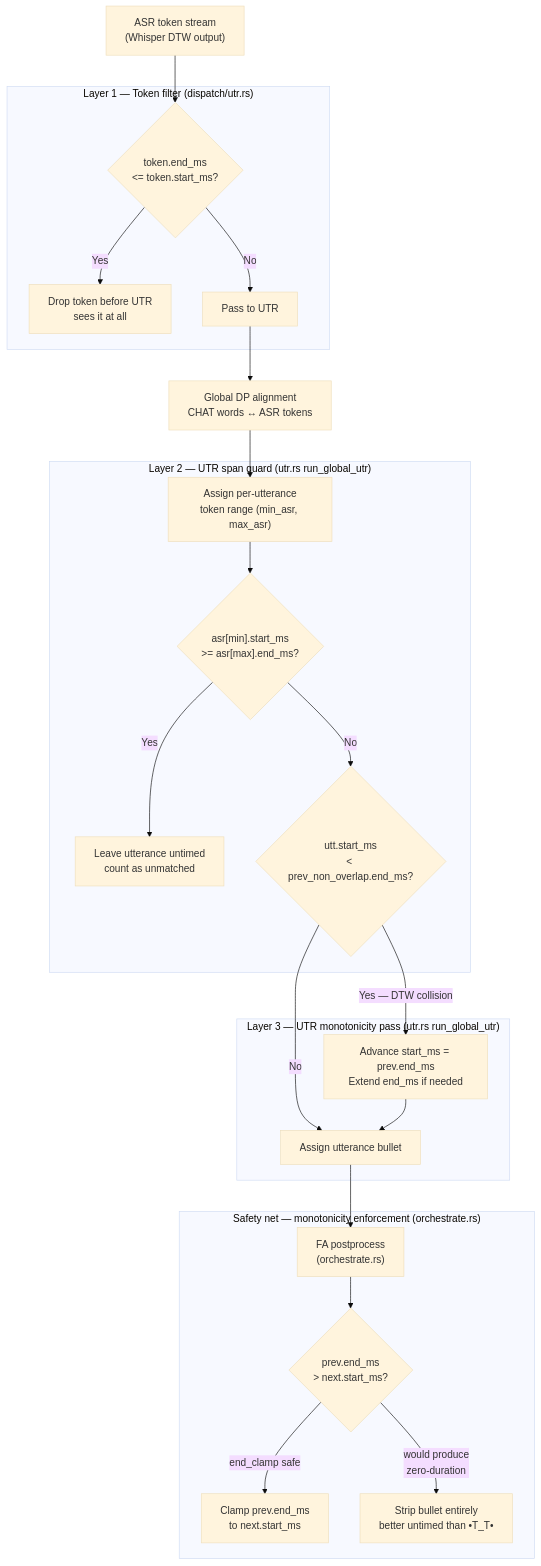
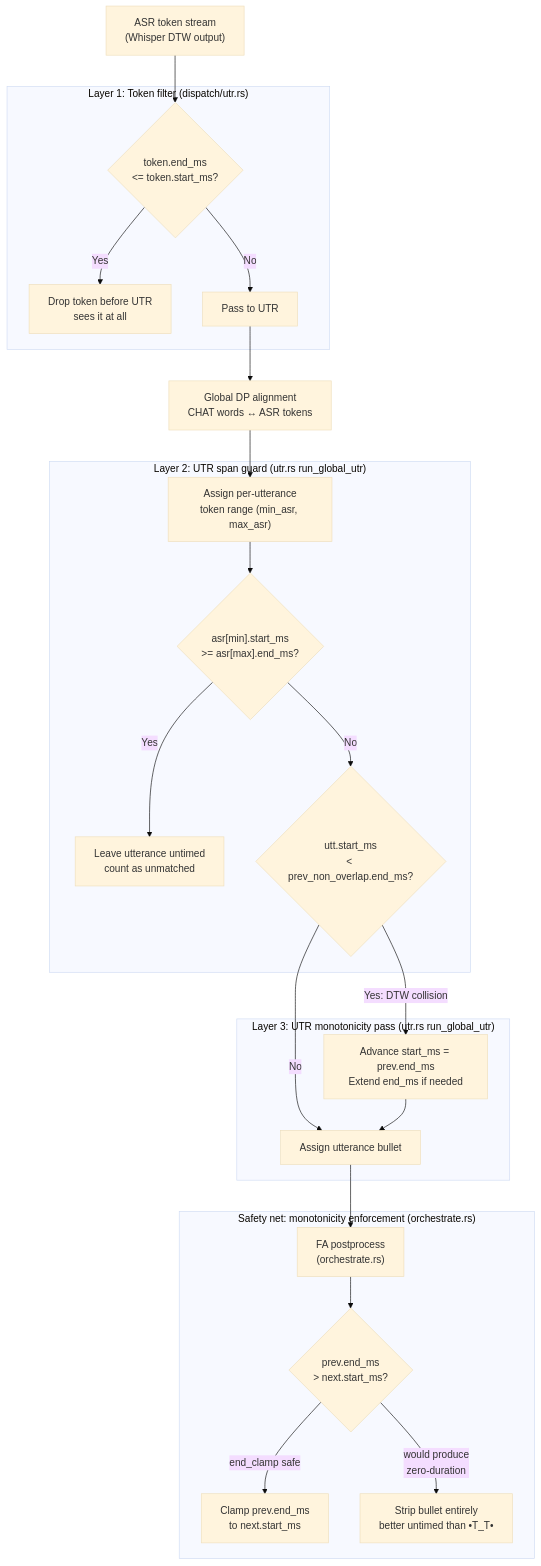
The fourth of 16 diagrams in book/src/batchalign/architecture/command-flowcharts.md (TalkBank/talkbank-tools), drawn with Mermaid (base theme) before and after one commit. The commit also changed other lines of this file and 706 other files, not shown here.

````diff
--- a/book/src/batchalign/architecture/command-flowcharts.md
+++ b/book/src/batchalign/architecture/command-flowcharts.md
@@ -190,34 +190,34 @@
 ```mermaid
 flowchart TD
     asr["ASR token stream\n(Whisper DTW output)"] --> filter
 
-    subgraph L1 ["Layer 1 — Token filter (dispatch/utr.rs)"]
+    subgraph L1 ["Layer 1: Token filter (dispatch/utr.rs)"]
         filter{"token.end_ms\n<= token.start_ms?"}
         filter -->|Yes| drop1[Drop token before UTR\nsees it at all]
         filter -->|No| utr_in[Pass to UTR]
     end
 
     utr_in --> dp["Global DP alignment\nCHAT words ↔ ASR tokens"]
     dp --> assign["Assign per-utterance\ntoken range (min_asr, max_asr)"]
 
-    subgraph L2 ["Layer 2 — UTR span guard (utr.rs run_global_utr)"]
+    subgraph L2 ["Layer 2: UTR span guard (utr.rs run_global_utr)"]
         assign --> zdcheck{"asr[min].start_ms\n>= asr[max].end_ms?"}
         zdcheck -->|Yes| drop2[Leave utterance untimed\ncount as unmatched]
         zdcheck -->|No| mono_check
     end
 
-    subgraph L3 ["Layer 3 — UTR monotonicity pass (utr.rs run_global_utr)"]
+    subgraph L3 ["Layer 3: UTR monotonicity pass (utr.rs run_global_utr)"]
         mono_check{"utt.start_ms\n< prev_non_overlap.end_ms?"}
-        mono_check -->|Yes — DTW collision| advance["Advance start_ms = prev.end_ms\nExtend end_ms if needed"]
+        mono_check -->|Yes: DTW collision| advance["Advance start_ms = prev.end_ms\nExtend end_ms if needed"]
         mono_check -->|No| assign_bullet[Assign utterance bullet]
         advance --> assign_bullet
     end
 
     assign_bullet --> fa_in["FA postprocess\n(orchestrate.rs)"]
 
-    subgraph L4 ["Safety net — monotonicity enforcement (orchestrate.rs)"]
+    subgraph L4 ["Safety net: monotonicity enforcement (orchestrate.rs)"]
         fa_in --> mono_enforce{"prev.end_ms\n> next.start_ms?"}
         mono_enforce -->|end_clamp safe| clamp_end[Clamp prev.end_ms\nto next.start_ms]
         mono_enforce -->|would produce\nzero-duration| strip[Strip bullet entirely\nbetter untimed than •T_T•]
     end
 ```
````
